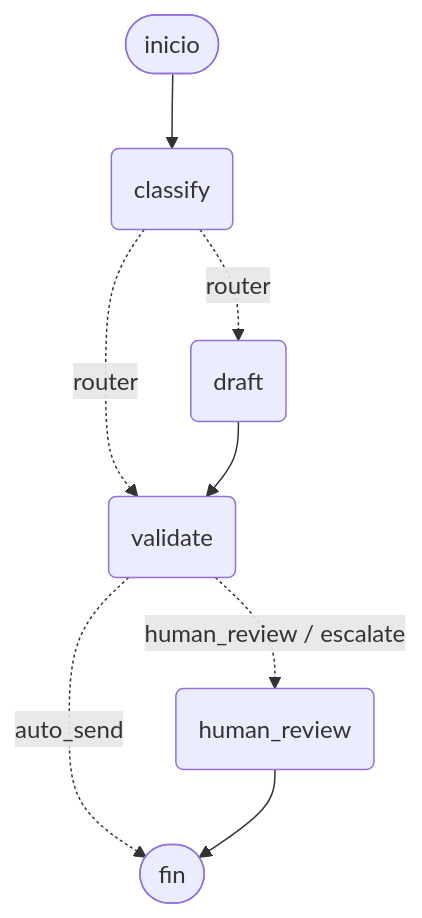
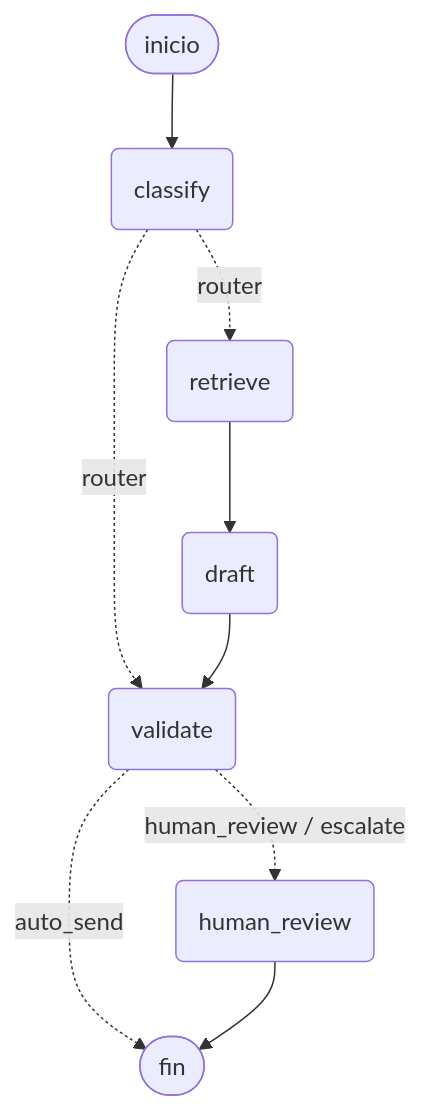
The third of 6 diagrams in ai-service/README.md (pedropancorbo14/AI-Mail-Automation-Platform), drawn with Mermaid before and after one commit. The commit also changed other lines of this file and 27 other files, not shown here.

````diff
--- a/ai-service/README.md
+++ b/ai-service/README.md
@@ -124,16 +124,18 @@
 ```mermaid
 graph TD;
 	__start__([inicio]):::first
 	classify(classify)
+	retrieve(retrieve)
 	draft(draft)
 	validate(validate)
 	human_review(human_review)
 	__end__([fin]):::last
 	__start__ --> classify;
-	classify -. router .-> draft;
+	classify -. router .-> retrieve;
 	classify -. router .-> validate;
+	retrieve --> draft;
 	draft --> validate;
 	validate -. auto_send .-> __end__;
 	validate -. human_review / escalate .-> human_review;
 	human_review --> __end__;
 ```
````
